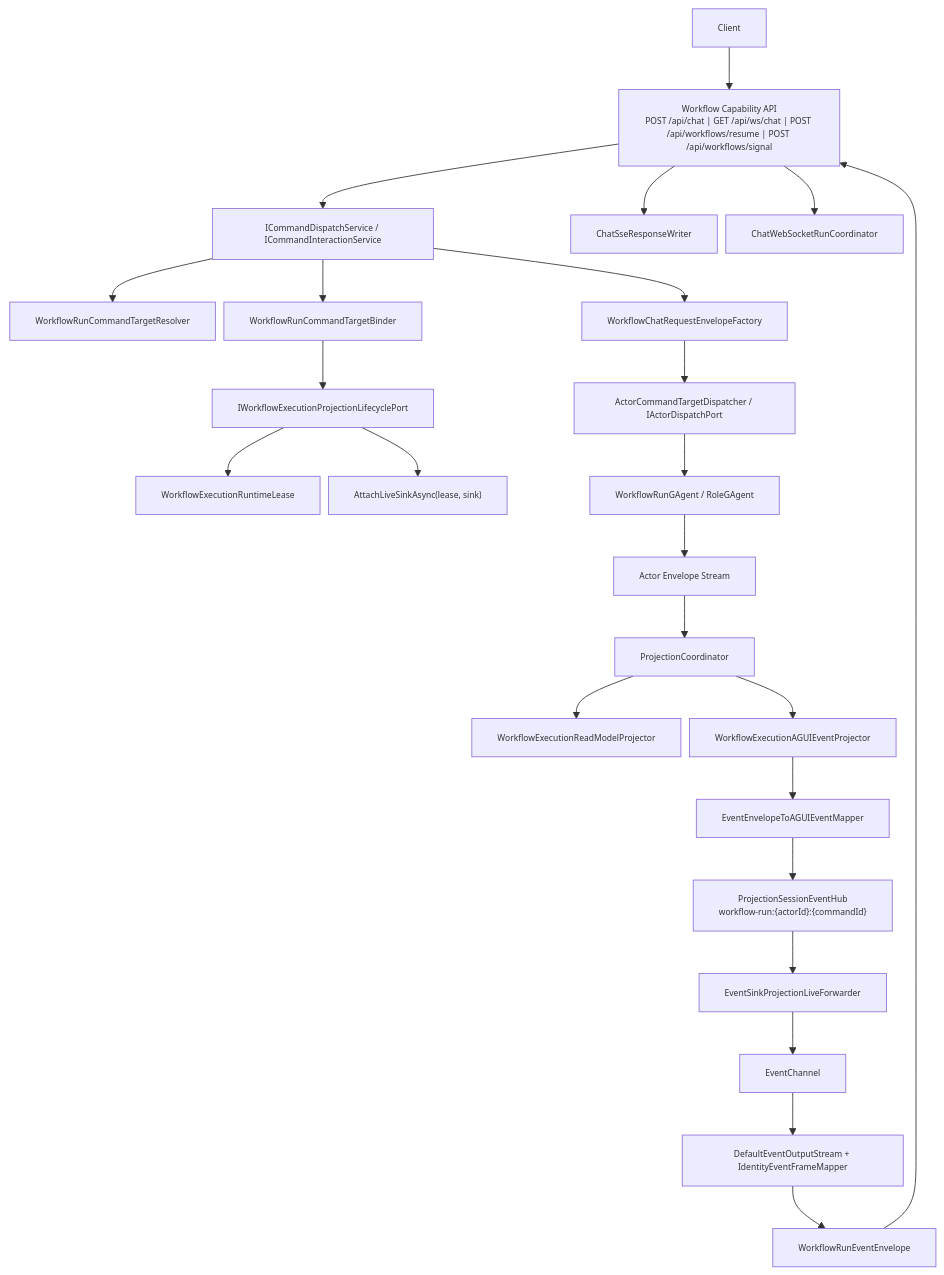
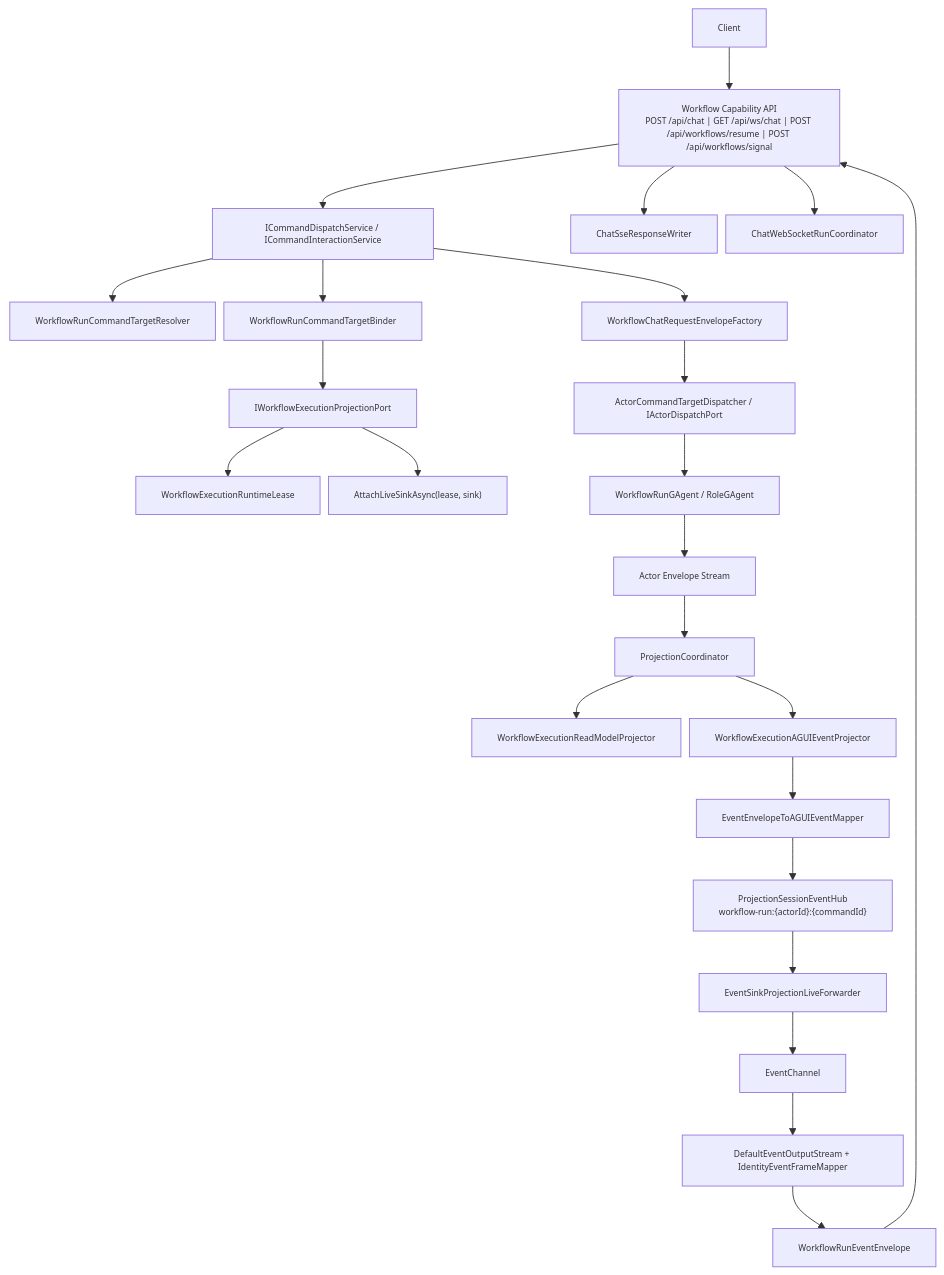
Before and after one commit to aevatarAI/aevatar: the first of 5 diagrams in docs/WORKFLOW_LLM_STREAMING_ARCHITECTURE.md, drawn with Mermaid. The commit also changed 34 other files, not shown here.

First line of the commit message:
Refactor projection ports and update scripting architecture

````diff
--- a/docs/WORKFLOW_LLM_STREAMING_ARCHITECTURE.md
+++ b/docs/WORKFLOW_LLM_STREAMING_ARCHITECTURE.md
@@ -58,27 +58,27 @@
 ```mermaid
 %%{init: {"maxTextSize": 100000, "flowchart": {"useMaxWidth": false, "nodeSpacing": 10, "rankSpacing": 50}, "themeVariables": {"fontSize": "10px"}}}%%
 flowchart TB
     C["Client"] --> H["Workflow Capability API\nPOST /api/chat | GET /api/ws/chat | POST /api/workflows/resume | POST /api/workflows/signal"]
     H --> CMD["ICommandDispatchService / ICommandInteractionService"]
     CMD --> RES["WorkflowRunCommandTargetResolver"]
     CMD --> BND["WorkflowRunCommandTargetBinder"]
-    BND --> LIF["IWorkflowExecutionProjectionLifecyclePort"]
+    BND --> LIF["IWorkflowExecutionProjectionPort"]
     LIF --> LEASE["WorkflowExecutionRuntimeLease"]
     LIF --> SUB["AttachLiveSinkAsync(lease, sink)"]
     CMD --> FAC["WorkflowChatRequestEnvelopeFactory"]
     FAC --> DSP["ActorCommandTargetDispatcher / IActorDispatchPort"]
     DSP --> ACT["WorkflowRunGAgent / RoleGAgent"]
     ACT --> EVT["Actor Envelope Stream"]
     EVT --> COOR["ProjectionCoordinator"]
     COOR --> RM["WorkflowExecutionReadModelProjector"]
     COOR --> AGP["WorkflowExecutionAGUIEventProjector"]
     AGP --> MAP["EventEnvelopeToAGUIEventMapper"]
     MAP --> HUB["ProjectionSessionEventHub\nworkflow-run:{actorId}:{commandId}"]
     HUB --> FWD["EventSinkProjectionLiveForwarder<WorkflowExecutionRuntimeLease, WorkflowRunEvent>"]
     FWD --> CH["EventChannel<WorkflowRunEvent>"]
     CH --> STR["DefaultEventOutputStream + IdentityEventFrameMapper"]
     STR --> FR["WorkflowRunEventEnvelope"]
     FR --> H
     H --> SSE["ChatSseResponseWriter"]
     H --> WS["ChatWebSocketRunCoordinator"]
 ```
````
